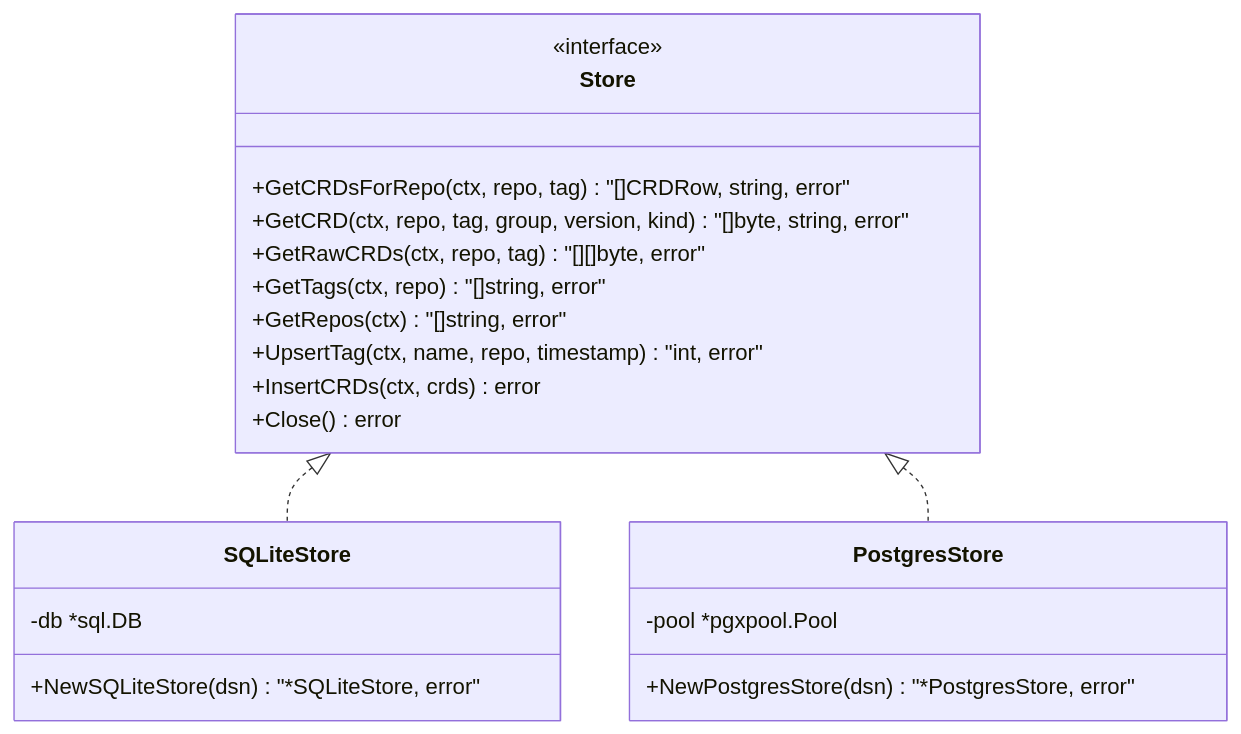
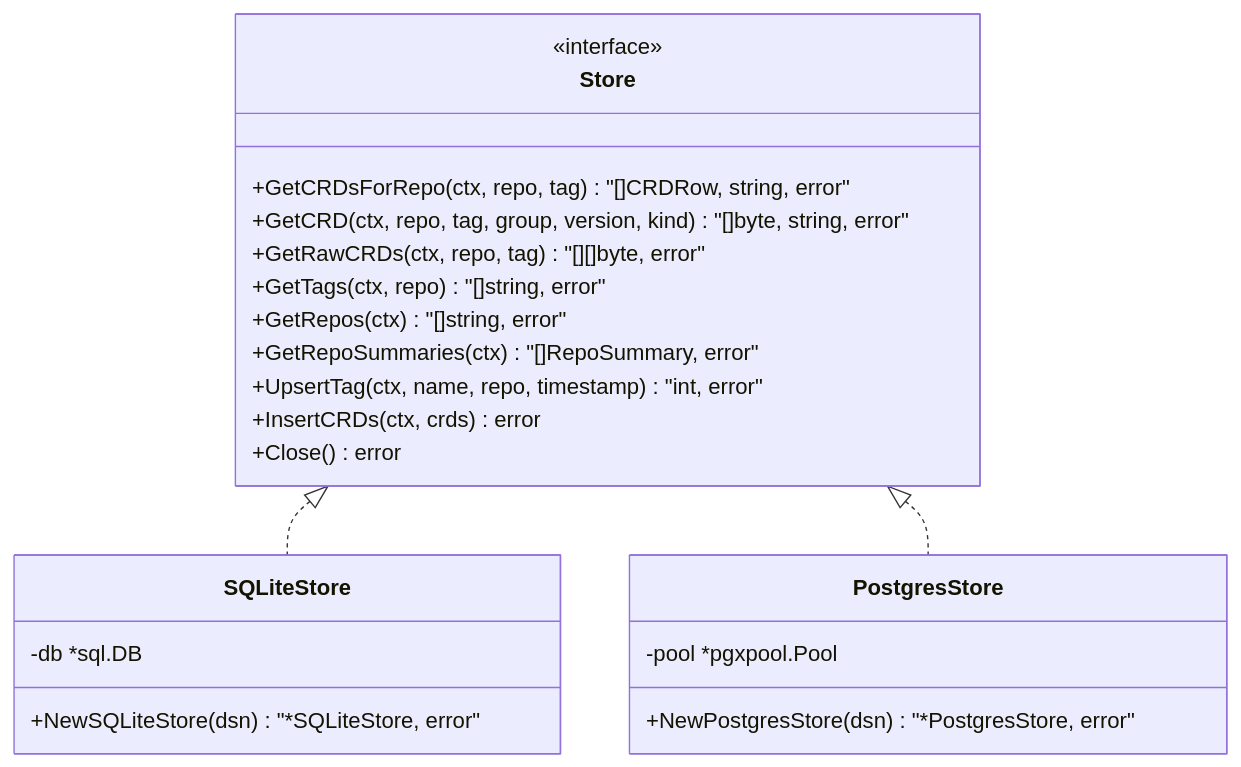
One commit to rashedkvm/doc changed the third of 9 diagrams in docs/ARCHITECTURE.md. Above: the diagram before and after it, drawn with Mermaid. The commit also changed other lines of this file and 19 other files, not shown here.

````diff
--- a/docs/ARCHITECTURE.md
+++ b/docs/ARCHITECTURE.md
@@ -133,29 +133,30 @@
 ```mermaid
 classDiagram
     direction TB
 
     class Store {
         <<interface>>
         +GetCRDsForRepo(ctx, repo, tag) "[]CRDRow, string, error"
         +GetCRD(ctx, repo, tag, group, version, kind) "[]byte, string, error"
         +GetRawCRDs(ctx, repo, tag) "[][]byte, error"
         +GetTags(ctx, repo) "[]string, error"
         +GetRepos(ctx) "[]string, error"
+        +GetRepoSummaries(ctx) "[]RepoSummary, error"
         +UpsertTag(ctx, name, repo, timestamp) "int, error"
         +InsertCRDs(ctx, crds) error
         +Close() error
     }
 
     class SQLiteStore {
         -db *sql.DB
         +NewSQLiteStore(dsn) "*SQLiteStore, error"
     }
 
     class PostgresStore {
         -pool *pgxpool.Pool
         +NewPostgresStore(dsn) "*PostgresStore, error"
     }
 
     Store <|.. SQLiteStore
     Store <|.. PostgresStore
 ```
````
